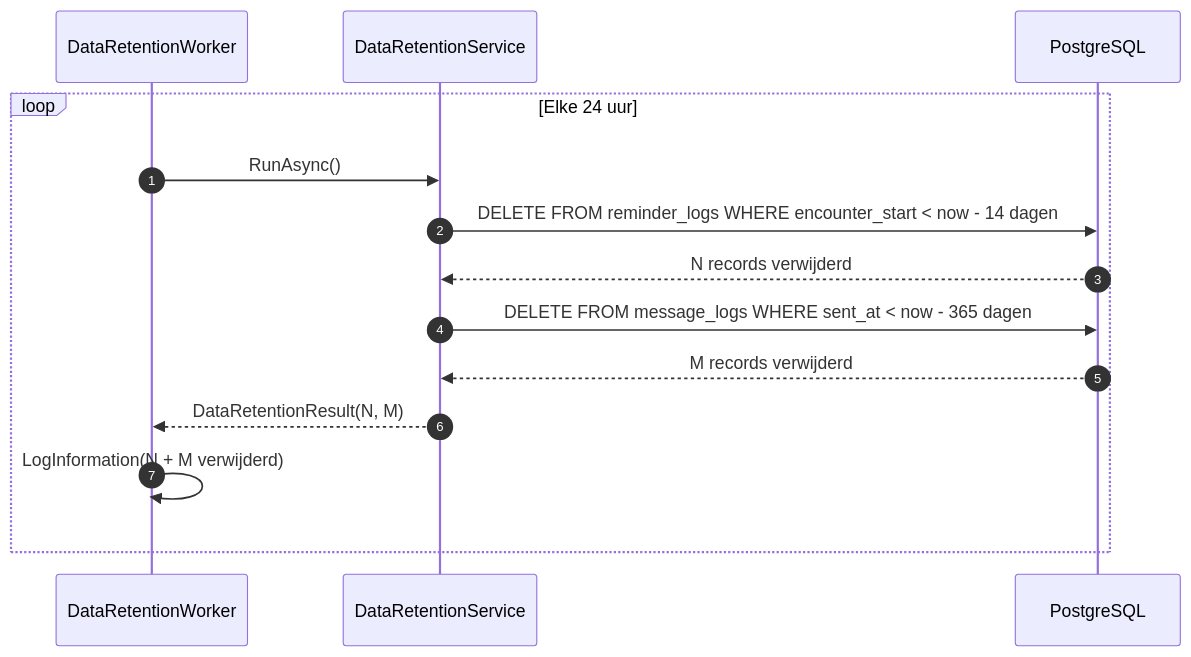
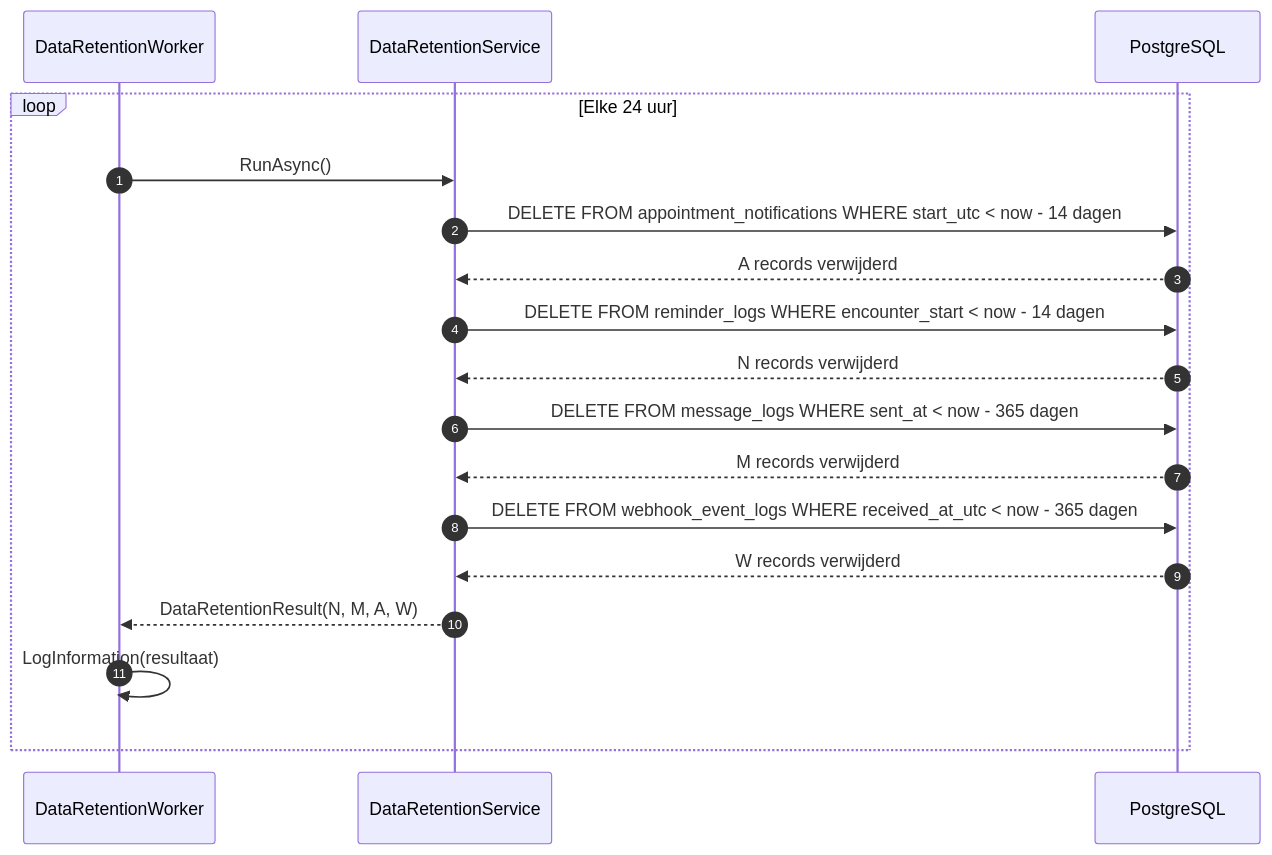
The third of 3 diagrams in docs/c4/04-reminder-process.md (Rishyansyal/OpenMRSmoduleBackend), drawn with Mermaid before and after one commit. The commit also changed other lines of this file and 60 other files, not shown here.

````diff
--- a/docs/c4/04-reminder-process.md
+++ b/docs/c4/04-reminder-process.md
@@ -75,17 +80,21 @@
 ```mermaid
 sequenceDiagram
     autonumber
     participant W as DataRetentionWorker
     participant S as DataRetentionService
     participant DB as PostgreSQL
 
     loop Elke 24 uur
         W->>S: RunAsync()
+        S->>DB: DELETE FROM appointment_notifications WHERE start_utc < now - 14 dagen
+        DB-->>S: A records verwijderd
         S->>DB: DELETE FROM reminder_logs WHERE encounter_start < now - 14 dagen
         DB-->>S: N records verwijderd
         S->>DB: DELETE FROM message_logs WHERE sent_at < now - 365 dagen
         DB-->>S: M records verwijderd
-        S-->>W: DataRetentionResult(N, M)
-        W->>W: LogInformation(N + M verwijderd)
+        S->>DB: DELETE FROM webhook_event_logs WHERE received_at_utc < now - 365 dagen
+        DB-->>S: W records verwijderd
+        S-->>W: DataRetentionResult(N, M, A, W)
+        W->>W: LogInformation(resultaat)
     end
 ```
````
